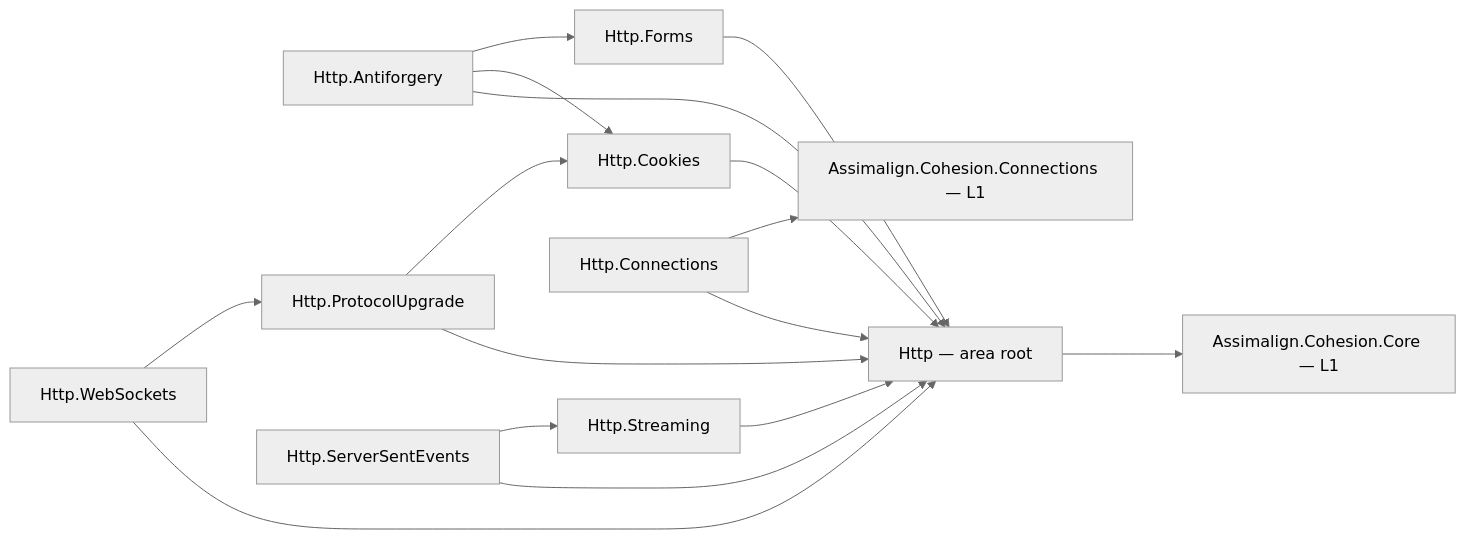
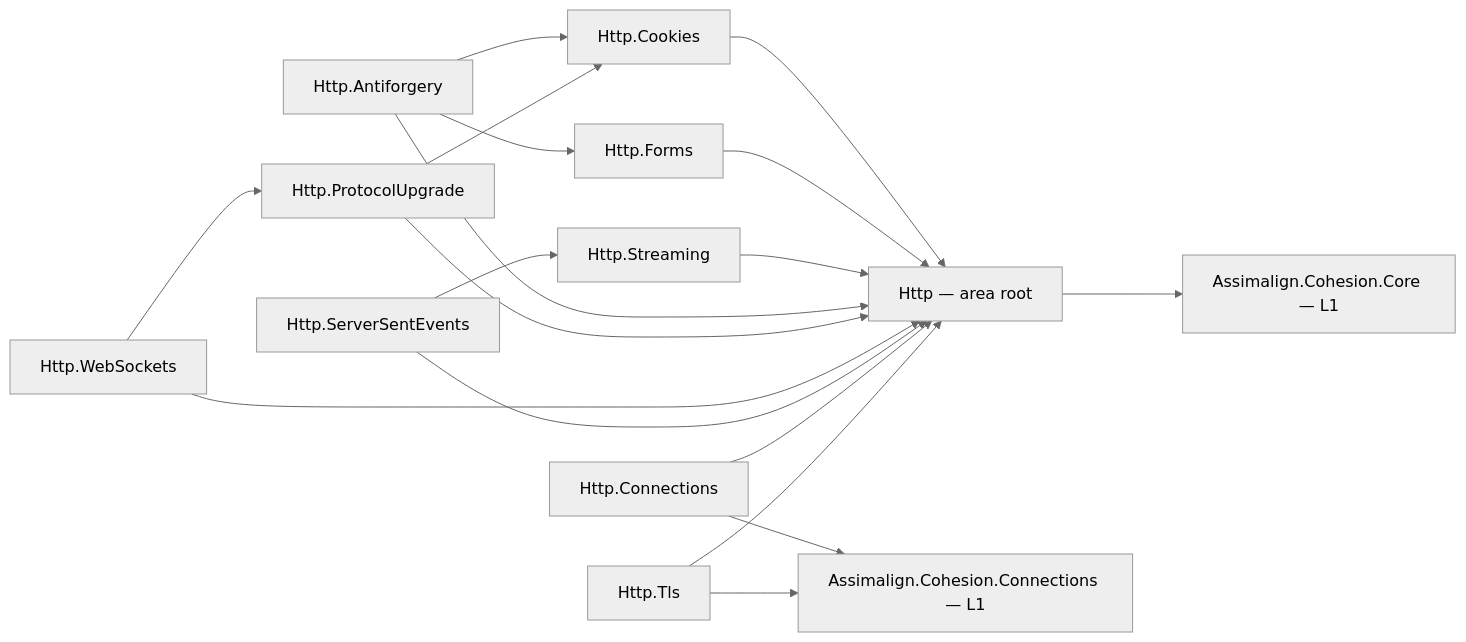
The diagram in libraries/Http/README.md (assimalign/cohesion), drawn with Mermaid (neutral theme) before and after one commit. The commit also changed other lines of this file and 43 other files, not shown here.

````diff
--- a/libraries/Http/README.md
+++ b/libraries/Http/README.md
@@ -14,29 +14,32 @@
 ```mermaid
 flowchart LR
     Root["Http — area root"]
     Core["Assimalign.Cohesion.Core — L1"]
     Conn["Assimalign.Cohesion.Connections — L1"]
     Cookies["Http.Cookies"]
     Forms["Http.Forms"]
     Antiforgery["Http.Antiforgery"]
     Upgrade["Http.ProtocolUpgrade"]
     WebSockets["Http.WebSockets"]
     Streaming["Http.Streaming"]
     Sse["Http.ServerSentEvents"]
     HttpConn["Http.Connections"]
+    Tls["Http.Tls"]
     Root --> Core
     Cookies --> Root
     Forms --> Root
     Streaming --> Root
     Antiforgery --> Root
     Antiforgery --> Cookies
     Antiforgery --> Forms
     Upgrade --> Root
     Upgrade --> Cookies
     WebSockets --> Root
     WebSockets --> Upgrade
     Sse --> Root
     Sse --> Streaming
     HttpConn --> Root
     HttpConn --> Conn
+    Tls --> Root
+    Tls --> Conn
 ```
````
